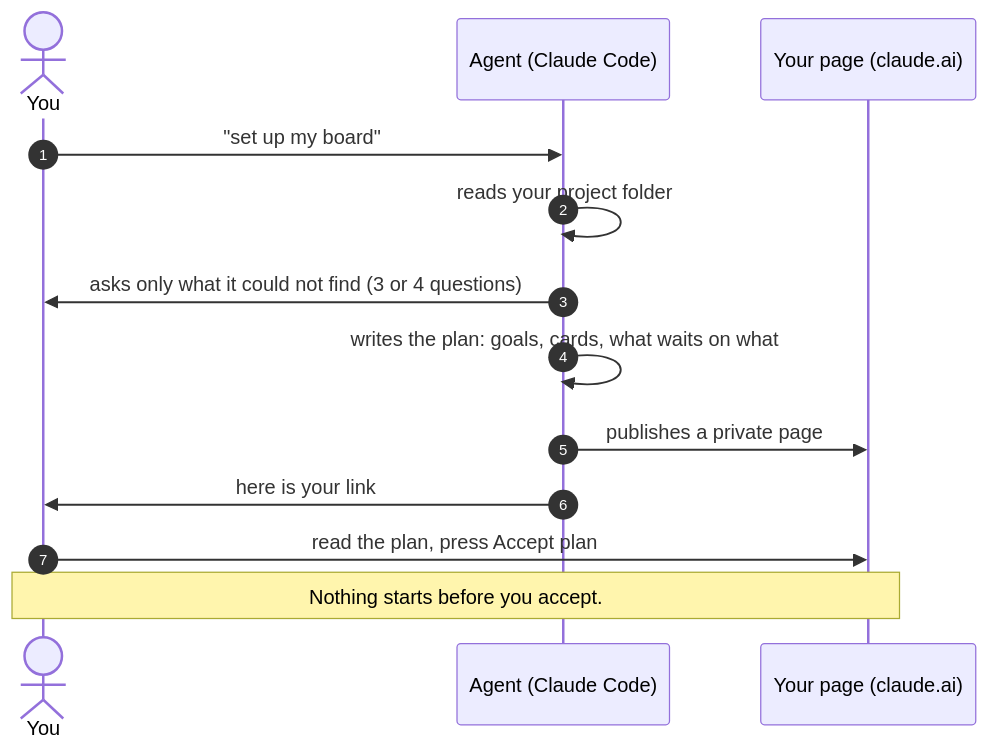
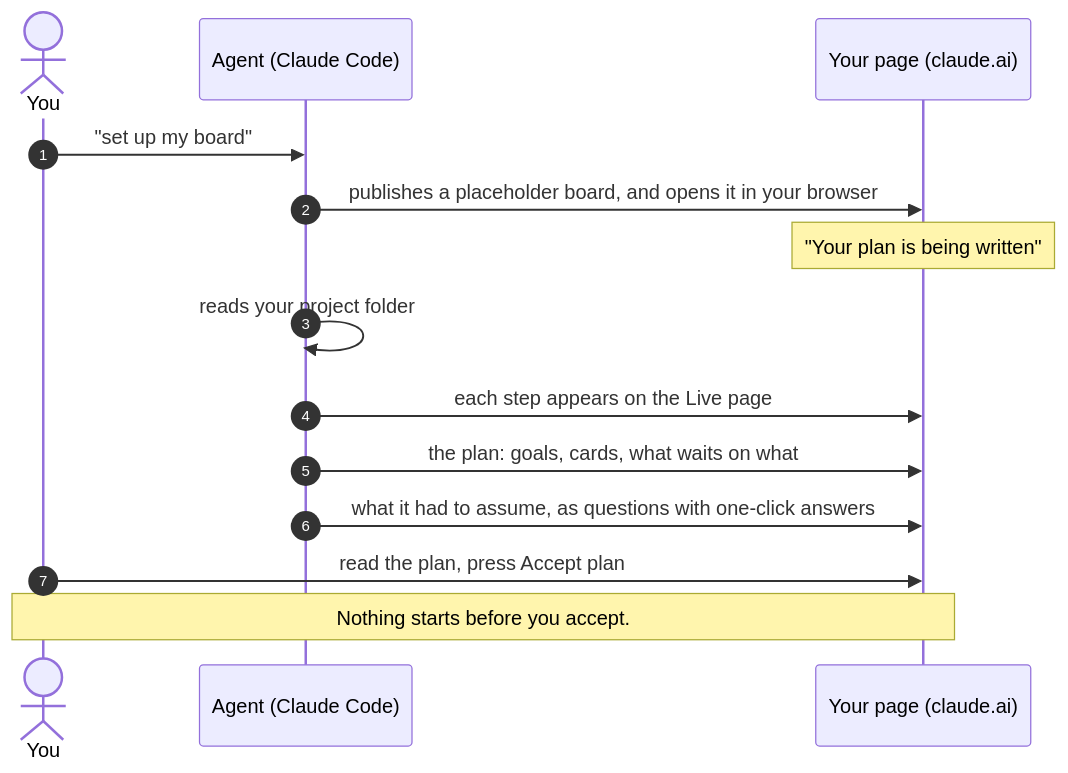
Before and after one commit to syedabbasshaheer-art/browser-agent: the first of 2 diagrams in README.md, drawn with Mermaid. The commit also changed other lines of this file and 17 other files, not shown here.

Commit message:
Agent on Browser 0.0.8

````diff
--- a/README.md
+++ b/README.md
@@ -155,15 +156,16 @@
 ```mermaid
 sequenceDiagram
     autonumber
     actor You
     participant Agent as Agent (Claude Code)
     participant Page as Your page (claude.ai)
     You->>Agent: "set up my board"
+    Agent->>Page: publishes a placeholder board, and opens it in your browser
+    Note over Page: "Your plan is being written"
     Agent->>Agent: reads your project folder
-    Agent->>You: asks only what it could not find (3 or 4 questions)
-    Agent->>Agent: writes the plan: goals, cards, what waits on what
-    Agent->>Page: publishes a private page
-    Agent->>You: here is your link
+    Agent->>Page: each step appears on the Live page
+    Agent->>Page: the plan: goals, cards, what waits on what
+    Agent->>Page: what it had to assume, as questions with one-click answers
     You->>Page: read the plan, press Accept plan
     Note over You,Page: Nothing starts before you accept.
 ```
````
